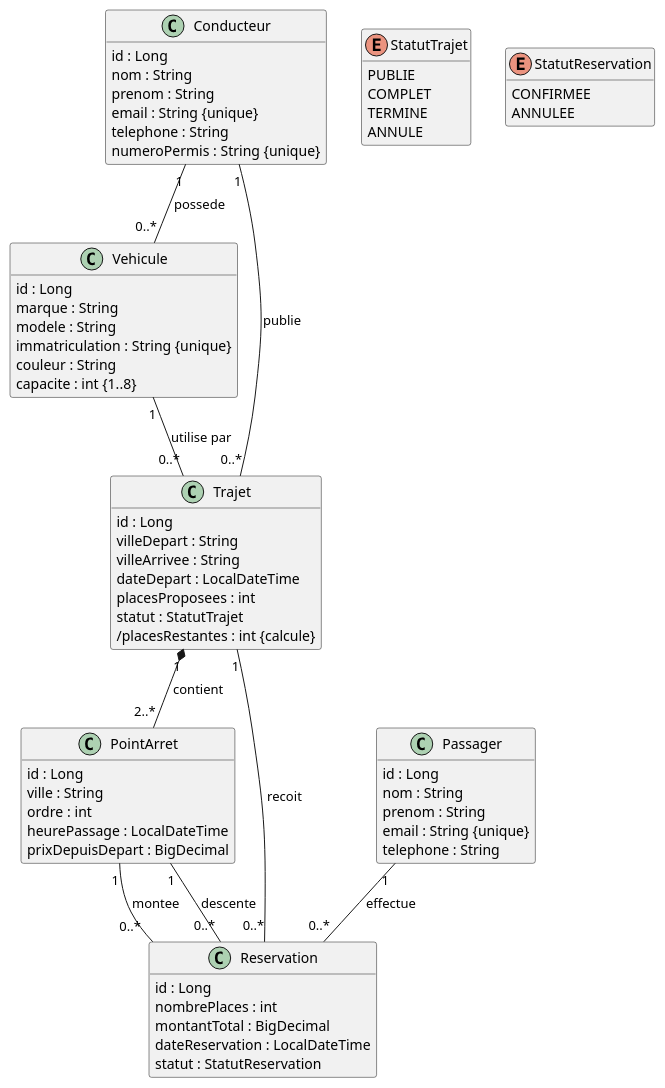
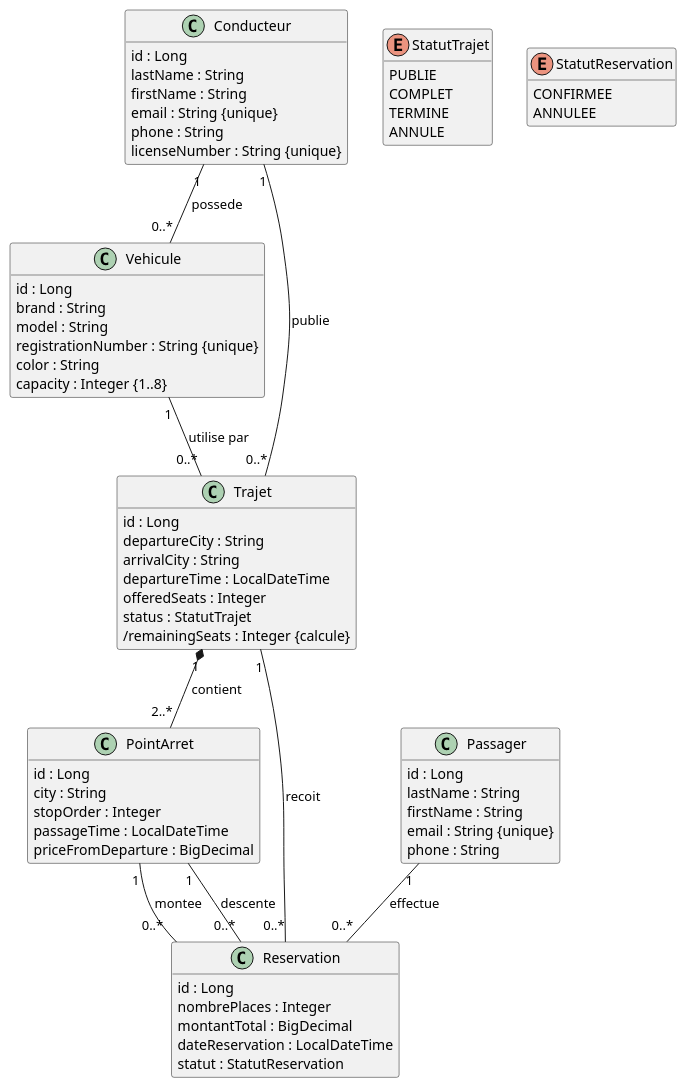
Before and after one commit to yassinesekkah/Plateforme-de-covoiturage-multi--tapes: the diagram in docs/conception/diagramme-classes.puml, drawn with PlantUML. The commit also changed 4 other files, not shown here.

Commit message:
docs(COV-21): aligner le diagramme UML sur les entites finales

```diff
--- a/docs/conception/diagramme-classes.puml
+++ b/docs/conception/diagramme-classes.puml
@@ -1,68 +1,68 @@
 @startuml
 skinparam classAttributeIconSize 0
 hide methods
 class Conducteur {
   id : Long
-  nom : String
-  prenom : String
+  lastName : String
+  firstName : String
   email : String {unique}
-  telephone : String
-  numeroPermis : String {unique}
+  phone : String
+  licenseNumber : String {unique}
 }
 class Vehicule {
   id : Long
-  marque : String
-  modele : String
-  immatriculation : String {unique}
-  couleur : String
-  capacite : int {1..8}
+  brand : String
+  model : String
+  registrationNumber : String {unique}
+  color : String
+  capacity : Integer {1..8}
 }
 class Passager {
   id : Long
-  nom : String
-  prenom : String
+  lastName : String
+  firstName : String
   email : String {unique}
-  telephone : String
+  phone : String
 }
 class Trajet {
   id : Long
-  villeDepart : String
-  villeArrivee : String
-  dateDepart : LocalDateTime
-  placesProposees : int
-  statut : StatutTrajet
-  /placesRestantes : int {calcule}
+  departureCity : String
+  arrivalCity : String
+  departureTime : LocalDateTime
+  offeredSeats : Integer
+  status : StatutTrajet
+  /remainingSeats : Integer {calcule}
 }
 class PointArret {
   id : Long
-  ville : String
-  ordre : int
-  heurePassage : LocalDateTime
-  prixDepuisDepart : BigDecimal
+  city : String
+  stopOrder : Integer
+  passageTime : LocalDateTime
+  priceFromDeparture : BigDecimal
 }
 class Reservation {
   id : Long
-  nombrePlaces : int
+  nombrePlaces : Integer
   montantTotal : BigDecimal
   dateReservation : LocalDateTime
   statut : StatutReservation
 }
 Conducteur "1" -- "0..*" Vehicule : possede
 Conducteur "1" -- "0..*" Trajet : publie
 Vehicule "1" -- "0..*" Trajet : utilise par
 Trajet "1" *-- "2..*" PointArret : contient
 Passager "1" -- "0..*" Reservation : effectue
 Trajet "1" -- "0..*" Reservation : recoit
 PointArret "1" -- "0..*" Reservation : montee
 PointArret "1" -- "0..*" Reservation : descente
 enum StatutTrajet {
  PUBLIE
  COMPLET
  TERMINE
  ANNULE
 }
 enum StatutReservation {
  CONFIRMEE
  ANNULEE
 }
 @enduml
```
